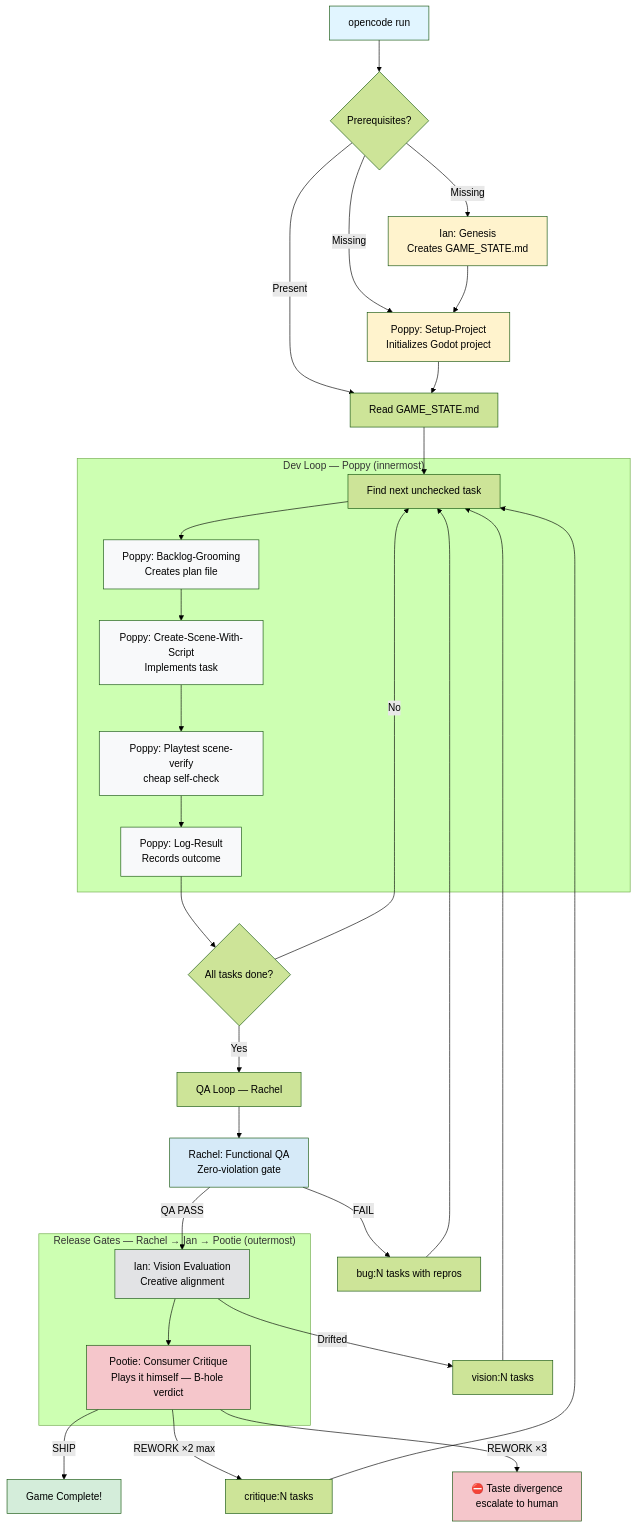
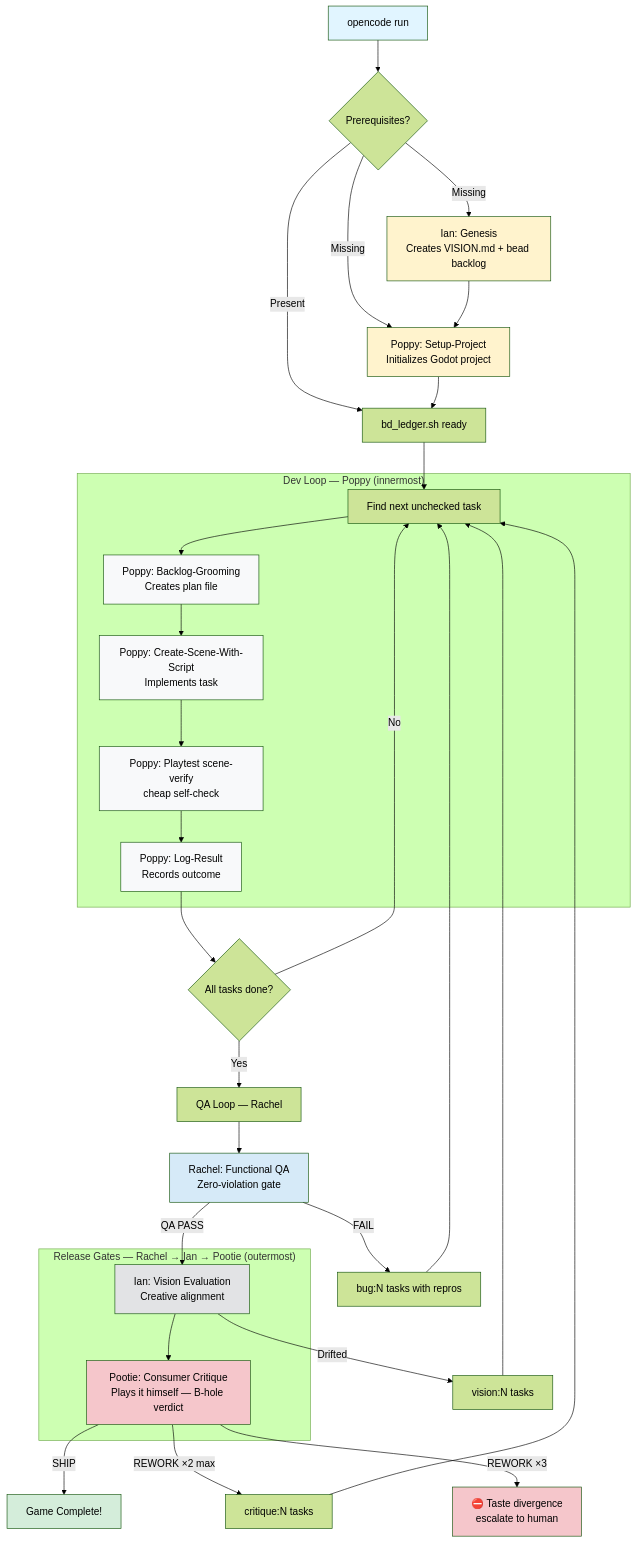
The diagram in README.md (mcanevet/MythicQuest), drawn with Mermaid (forest theme) before and after one commit. The commit also changed other lines of this file and 29 other files, not shown here.

First line of the commit message:
Migrate task tracking from GAME_STATE.md to beads ledger

````diff
--- a/README.md
+++ b/README.md
@@ -91,57 +91,57 @@
 ```mermaid
 flowchart TB
     Start["opencode run"] --> Check{Prerequisites?}
-    Check -->|Missing| Genesis[Ian: Genesis<br/>Creates GAME_STATE.md]
+    Check -->|Missing| Genesis[Ian: Genesis<br/>Creates VISION.md + bead backlog]
     Check -->|Missing| Setup[Poppy: Setup-Project<br/>Initializes Godot project]
-    Check -->|Present| ReadBacklog[Read GAME_STATE.md]
+    Check -->|Present| ReadBacklog[bd_ledger.sh ready]
     
     Genesis --> Setup
     Setup --> ReadBacklog
     
     subgraph DevLoop["Dev Loop — Poppy (innermost)"]
         FindTask[Find next unchecked task]
         FindTask --> Plan[Poppy: Backlog-Grooming<br/>Creates plan file]
         Plan --> Implement[Poppy: Create-Scene-With-Script<br/>Implements task]
         Implement --> SelfCheck[Poppy: Playtest scene-verify<br/>cheap self-check]
         SelfCheck --> Log[Poppy: Log-Result<br/>Records outcome]
     end
     
     ReadBacklog --> FindTask
     Log --> Complete{All tasks done?}
     Complete -->|No| FindTask
     
     Complete -->|Yes| QA[QA Loop — Rachel]
     QA --> FunctPlaytest[Rachel: Functional QA<br/>Zero-violation gate]
     FunctPlaytest -->|FAIL| BugTasks[bug:N tasks with repros]
     BugTasks --> FindTask
     
     subgraph ReleaseGates["Release Gates — Rachel → Ian → Pootie (outermost)"]
         VisionGate[Ian: Vision Evaluation<br/>Creative alignment]
         VisionGate --> Critique[Pootie: Consumer Critique<br/>Plays it himself — B-hole verdict]
     end
     
     FunctPlaytest -->|QA PASS| VisionGate
     VisionGate -->|Drifted| VisionTasks[vision:N tasks]
     VisionTasks --> FindTask
     
     Critique -->|SHIP| End["Game Complete!"]
     Critique -->|REWORK ×2 max| CritiqueTasks[critique:N tasks]
     CritiqueTasks --> FindTask
     Critique -->|REWORK ×3| Human["⛔ Taste divergence<br/>escalate to human"]
 
     %% Feedback loops are bounded by agent.build.steps cap (default 300 in opencode.jsonc)
     %% and the pootie rework-cycle cap (2) in agents/build.md.
     
     style Start fill:#e1f5ff
     style End fill:#d4edda
     style Genesis fill:#fff3cd
     style Setup fill:#fff3cd
     style Plan fill:#f8f9fa
     style Implement fill:#f8f9fa
     style SelfCheck fill:#f8f9fa
     style Log fill:#f8f9fa
     style FunctPlaytest fill:#d6eaf8
     style VisionGate fill:#e2e3e5
     style Critique fill:#f5c6cb
     style Human fill:#f5c6cb
 ```
````
